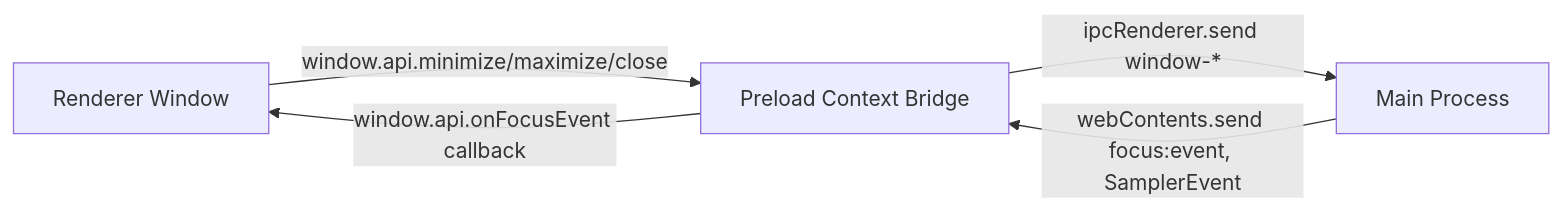
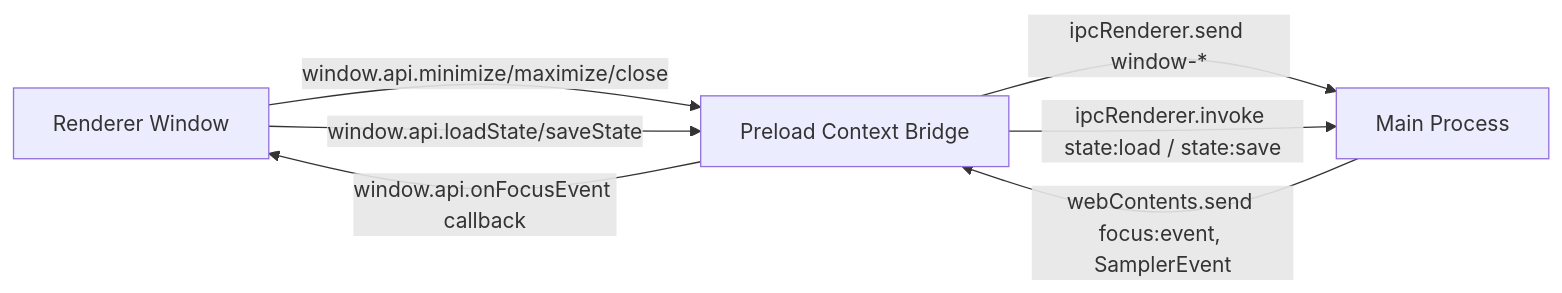
One commit to Masterslayer7/FocusSentinel changed the diagram in src/preload/CONTEXT.md. Above: the diagram before and after it, drawn with Mermaid. The commit also changed other lines of this file and 14 other files, not shown here.

First line of the commit message:
feat(main): persist state to a local file over typed IPC (ADR-009)

````diff
--- a/src/preload/CONTEXT.md
+++ b/src/preload/CONTEXT.md
@@ -27,8 +27,10 @@
 ```mermaid
 graph LR
     Renderer[Renderer Window] -- window.api.minimize/maximize/close --> Preload[Preload Context Bridge]
     Preload -- ipcRenderer.send window-* --> Main[Main Process]
 
     Main -- webContents.send focus:event, SamplerEvent --> Preload
+    Renderer -- window.api.loadState/saveState --> Preload
+    Preload -- ipcRenderer.invoke state:load / state:save --> Main
     Preload -- window.api.onFocusEvent callback --> Renderer
 ```
````
